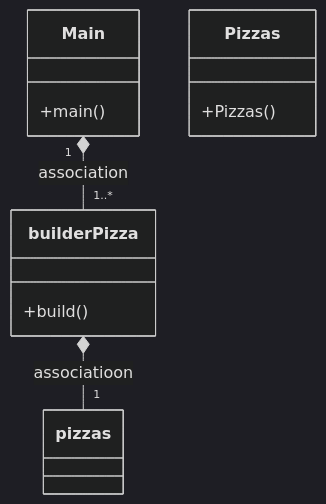
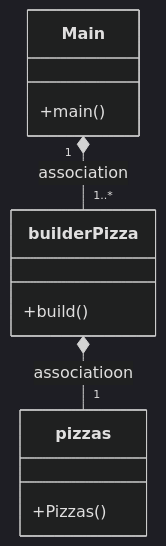
One commit to RubenDanielCastelao/BuilderCOD changed the diagram in README.md. Above: the diagram before and after it, drawn with Mermaid (dark theme).

Commit message:
Actualizado Diagrama README

````diff
--- a/README.md
+++ b/README.md
@@ -20,17 +20,17 @@
 ```mermaid
     classDiagram
       Main "1" *-- "1..*" builderPizza : association
       class Main{
           +main()
       }
       class builderPizza{
           +build()
       }
       
       builderPizza *-- "1" pizzas : associatioon
-      class Pizzas{
+      class pizzas{
         +Pizzas()
       }
       
 
 ```
````
